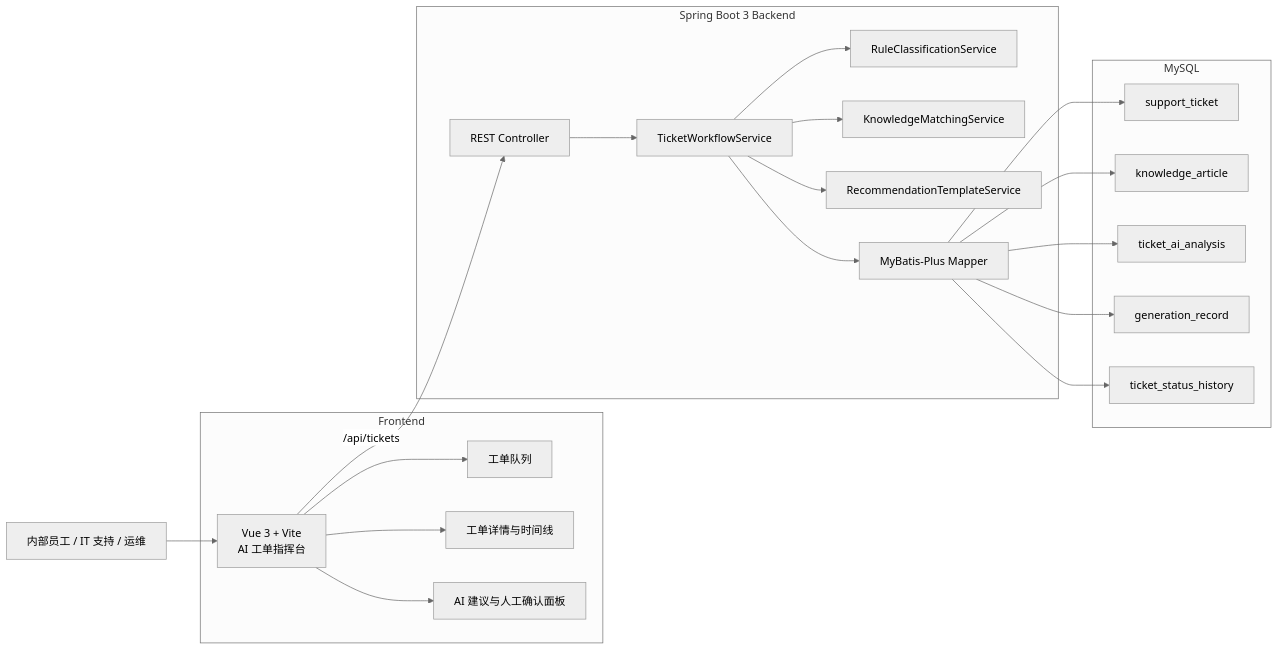
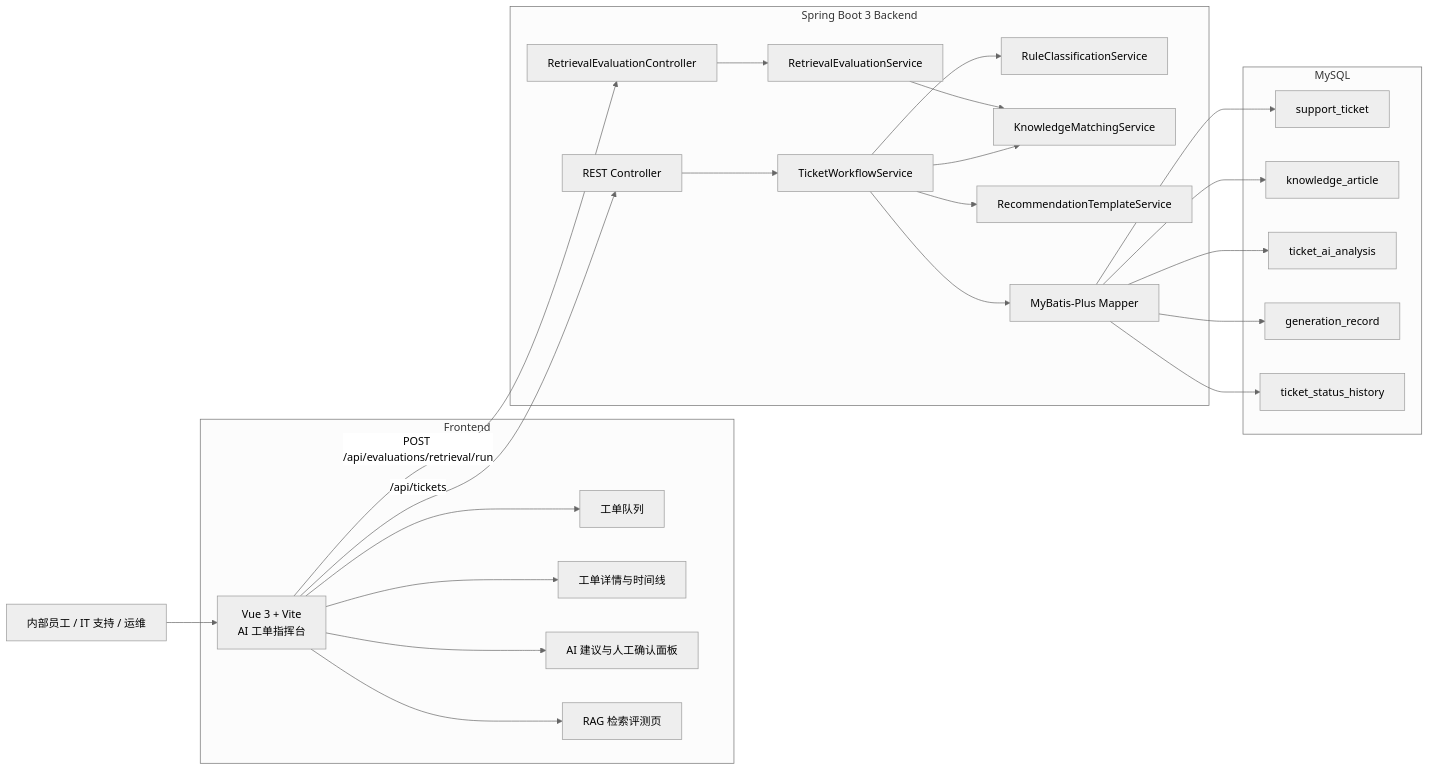
One commit to jameswilson87156-del/enterprise-ai-ticket-copilot changed the first of 4 diagrams in docs/architecture.md. Above: the diagram before and after it, drawn with Mermaid (neutral theme). The commit also changed other lines of this file and 25 other files, not shown here.

Commit message:
feat: add AI classification and retrieval evaluation flows

````diff
--- a/docs/architecture.md
+++ b/docs/architecture.md
@@ -7,33 +7,37 @@
 ```mermaid
 flowchart LR
   user["内部员工 / IT 支持 / 运维"] --> web["Vue 3 + Vite<br/>AI 工单指挥台"]
 
   subgraph frontend["Frontend"]
     web --> queue["工单队列"]
     web --> detail["工单详情与时间线"]
     web --> ai_panel["AI 建议与人工确认面板"]
+    web --> eval_panel["RAG 检索评测页"]
   end
 
   subgraph backend["Spring Boot 3 Backend"]
     api["REST Controller"] --> workflow["TicketWorkflowService"]
     workflow --> classifier["RuleClassificationService"]
     workflow --> matcher["KnowledgeMatchingService"]
     workflow --> template["RecommendationTemplateService"]
     workflow --> mapper["MyBatis-Plus Mapper"]
+    eval_api["RetrievalEvaluationController"] --> eval_service["RetrievalEvaluationService"]
+    eval_service --> matcher
   end
 
   subgraph mysql["MySQL"]
     support_ticket["support_ticket"]
     knowledge_article["knowledge_article"]
     ticket_ai_analysis["ticket_ai_analysis"]
     generation_record["generation_record"]
     ticket_status_history["ticket_status_history"]
   end
 
   web -->|/api/tickets| api
+  web -->|POST /api/evaluations/retrieval/run| eval_api
   mapper --> support_ticket
   mapper --> knowledge_article
   mapper --> ticket_ai_analysis
   mapper --> generation_record
   mapper --> ticket_status_history
 ```
````
